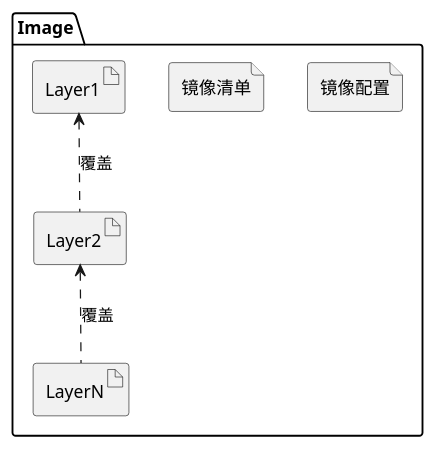
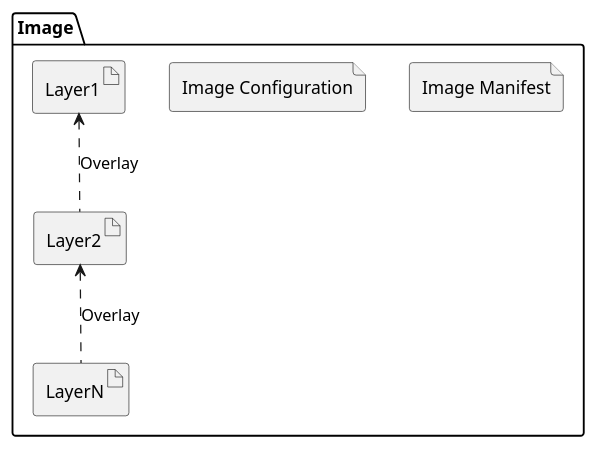
The first of 2 diagrams in src/en/_posts/container/2021-07-17-How To Run Container- 浅谈从镜像创建容器的实现细节.md (shabbywu/blog), drawn with PlantUML before and after one commit. The commit also changed other lines of this file and 1 other file, not shown here.

````diff
--- a/src/en/_posts/container/2021-07-17-How To Run Container- 浅谈从镜像创建容器的实现细节.md
+++ b/src/en/_posts/container/2021-07-17-How To Run Container- 浅谈从镜像创建容器的实现细节.md
@@ -37,26 +36,17 @@
 ```plantuml
 @startuml
 package Image{
-    file 镜像清单 {
-        
-    }
+    file "Image Manifest"
 
-    file 镜像配置
+    file "Image Configuration"
     
-    artifact Layer1 {
-    }
-    
-    artifact Layer2 {
-        
-    }
+    artifact Layer1 
+    artifact Layer2 
+    artifact LayerN 
 
-    artifact LayerN {
-        
-    }
+    Layer1 <.. Layer2: Overlay
 
-    Layer1 <.. Layer2: 覆盖
-
-    Layer2 <.. LayerN: 覆盖
+    Layer2 <.. LayerN: Overlay
 }
 @enduml
 ```
````
